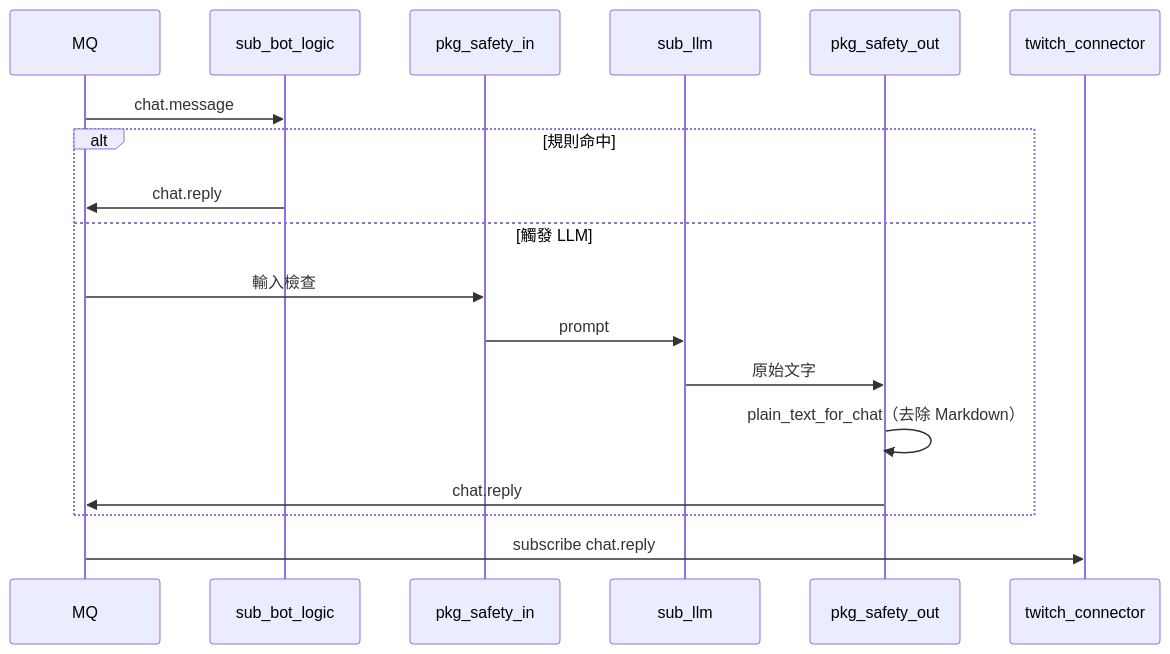
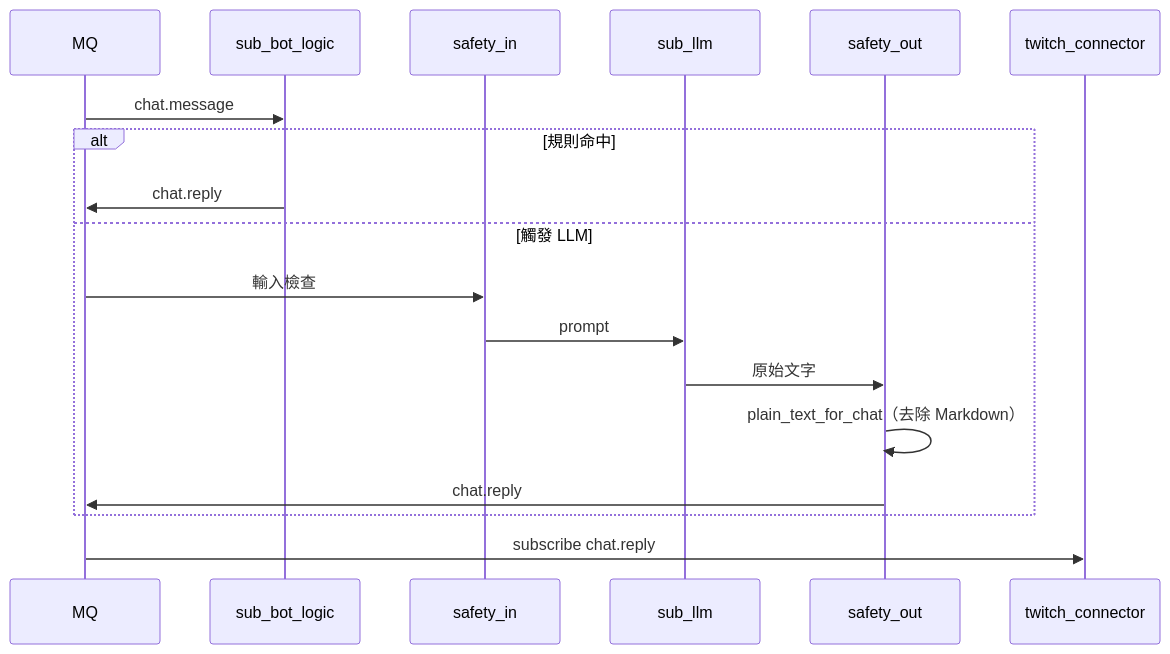
The diagram in docs/use-cases/03-llm-bot.md (skymiku39/streamer_toolbox), drawn with Mermaid before and after one commit. The commit also changed other lines of this file and 15 other files, not shown here.

````diff
--- a/docs/use-cases/03-llm-bot.md
+++ b/docs/use-cases/03-llm-bot.md
@@ -23,21 +26,21 @@
 ```mermaid
 sequenceDiagram
     participant MQ
     participant Bot as sub_bot_logic
-    participant Pre as pkg_safety_in
+    participant Pre as safety_in
     participant LLM as sub_llm
-    participant Post as pkg_safety_out
+    participant Post as safety_out
     participant Send as twitch_connector
 
     MQ->>Bot: chat.message
     alt 規則命中
         Bot->>MQ: chat.reply
     else 觸發 LLM
         MQ->>Pre: 輸入檢查
         Pre->>LLM: prompt
         LLM->>Post: 原始文字
         Post->>Post: plain_text_for_chat（去除 Markdown）
         Post->>MQ: chat.reply
     end
     MQ->>Send: subscribe chat.reply
 ```
````
